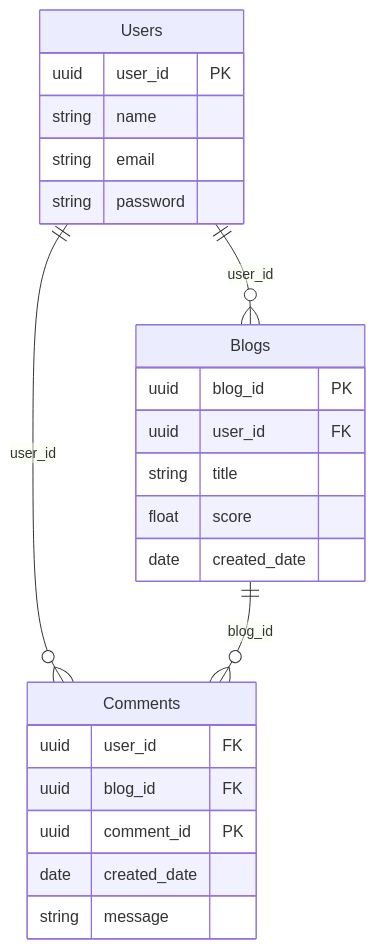
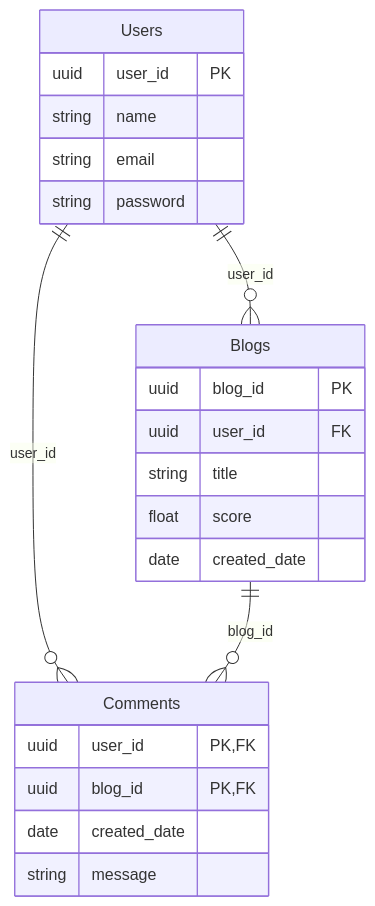
One commit to jha-captech/Go-API-DynamoDB-Tech-Challenge changed the diagram in docs/3-Challenge-Assignment.md. Above: the diagram before and after it, drawn with Mermaid. The commit also changed other lines of this file and 2 other files, not shown here.

````diff
--- a/docs/3-Challenge-Assignment.md
+++ b/docs/3-Challenge-Assignment.md
@@ -19,27 +13,25 @@
 ```mermaid
 erDiagram
     Users ||--o{ Blogs : user_id
     Users ||--o{ Comments : user_id
     Users {
         uuid user_id PK
         string name
         string email
         string password
     }
     Blogs ||--o{ Comments : blog_id
     Blogs {
         uuid blog_id PK
         uuid user_id FK
         string title
         float score
         date created_date
     }
     Comments {
-        uuid user_id FK
-        uuid blog_id FK
-        uuid comment_id PK
+        uuid user_id PK, FK
+        uuid blog_id PK, FK
         date created_date
         string message
     }
-%%    User ||--o{ Comment : "Writes"
 ```
````
